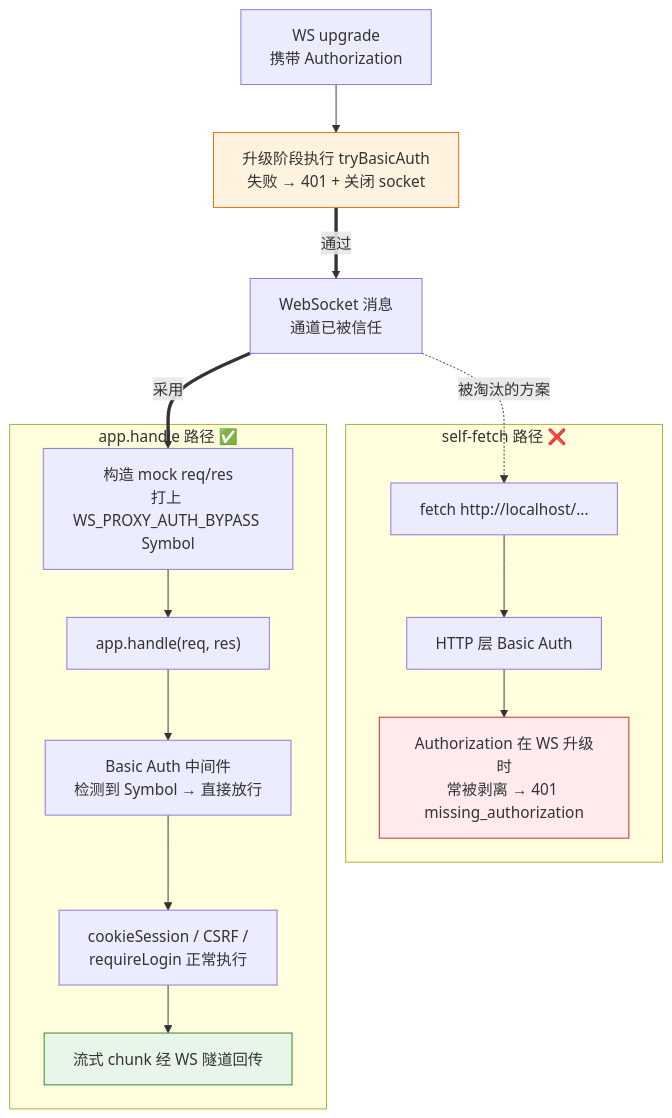
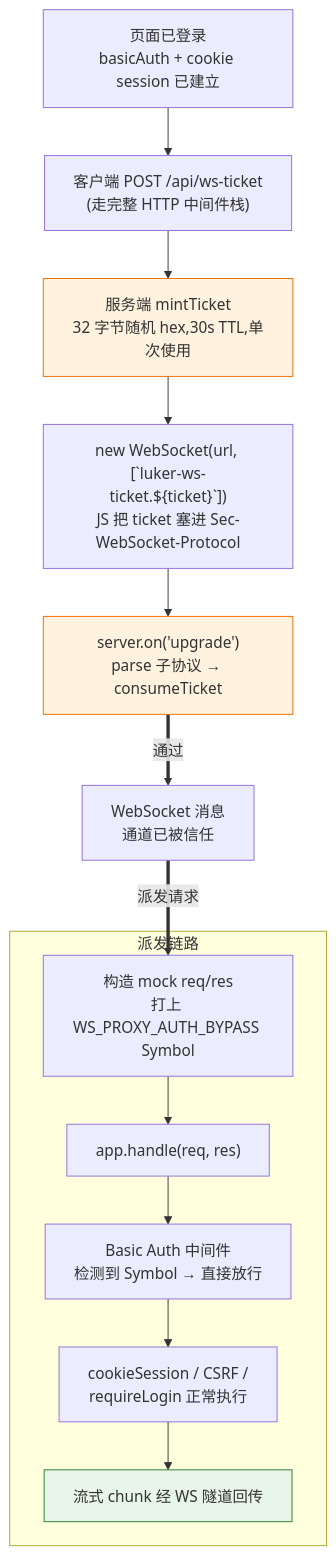
Before and after one commit to funnycups/Luker: the second of 2 diagrams in docs/zh-CN/improvements/ws-proxy.md, drawn with Mermaid. The commit also changed other lines of this file and 7 other files, not shown here.

````diff
--- a/docs/zh-CN/improvements/ws-proxy.md
+++ b/docs/zh-CN/improvements/ws-proxy.md
@@ -66,35 +66,32 @@
 ```mermaid
 flowchart TD
-    UP["WS upgrade<br/>携带 Authorization"]
-    GATE["升级阶段执行 tryBasicAuth<br/>失败 → 401 + 关闭 socket"]
+    LOGIN["页面已登录<br/>basicAuth + cookie session 已建立"]
+    TICKET_REQ["客户端 POST /api/ws-ticket<br/>(走完整 HTTP 中间件栈)"]
+    TICKET_RESP["服务端 mintTicket<br/>32 字节随机 hex,30s TTL,单次使用"]
+    UP["new WebSocket(url, [`luker-ws-ticket.${ticket}`])<br/>JS 把 ticket 塞进 Sec-WebSocket-Protocol"]
+    GATE["server.on('upgrade')<br/>parse 子协议 → consumeTicket"]
     WS_MSG["WebSocket 消息<br/>通道已被信任"]
 
-    subgraph BAD[self-fetch 路径 ❌]
-        BAD_FETCH[fetch http://localhost/...]
-        BAD_BASIC[HTTP 层 Basic Auth]
-        BAD_FAIL[Authorization 在 WS 升级时<br/>常被剥离 → 401 missing_authorization]
-        BAD_FETCH --> BAD_BASIC
-        BAD_BASIC --> BAD_FAIL
-    end
-
-    subgraph GOOD[app.handle 路径 ✅]
+    subgraph DISPATCH[派发链路]
         GOOD_MOCK["构造 mock req/res<br/>打上 WS_PROXY_AUTH_BYPASS Symbol"]
         GOOD_HANDLE["app.handle(req, res)"]
         GOOD_BASIC["Basic Auth 中间件<br/>检测到 Symbol → 直接放行"]
         GOOD_REST["cookieSession / CSRF /<br/>requireLogin 正常执行"]
         GOOD_RES[流式 chunk 经 WS 隧道回传]
         GOOD_MOCK --> GOOD_HANDLE
         GOOD_HANDLE --> GOOD_BASIC
         GOOD_BASIC --> GOOD_REST
         GOOD_REST --> GOOD_RES
     end
 
+    LOGIN --> TICKET_REQ
+    TICKET_REQ --> TICKET_RESP
+    TICKET_RESP --> UP
     UP --> GATE
     GATE ==通过==> WS_MSG
-    WS_MSG -.被淘汰的方案.-> BAD_FETCH
-    WS_MSG ==采用==> GOOD_MOCK
+    WS_MSG ==派发请求==> GOOD_MOCK
 
-    style BAD_FAIL fill:#ffebee,stroke:#c62828
     style GOOD_RES fill:#e8f5e9,stroke:#2e7d32
     style GATE fill:#fff3e0,stroke:#ef6c00
+    style TICKET_RESP fill:#fff3e0,stroke:#ef6c00
 ```
````
